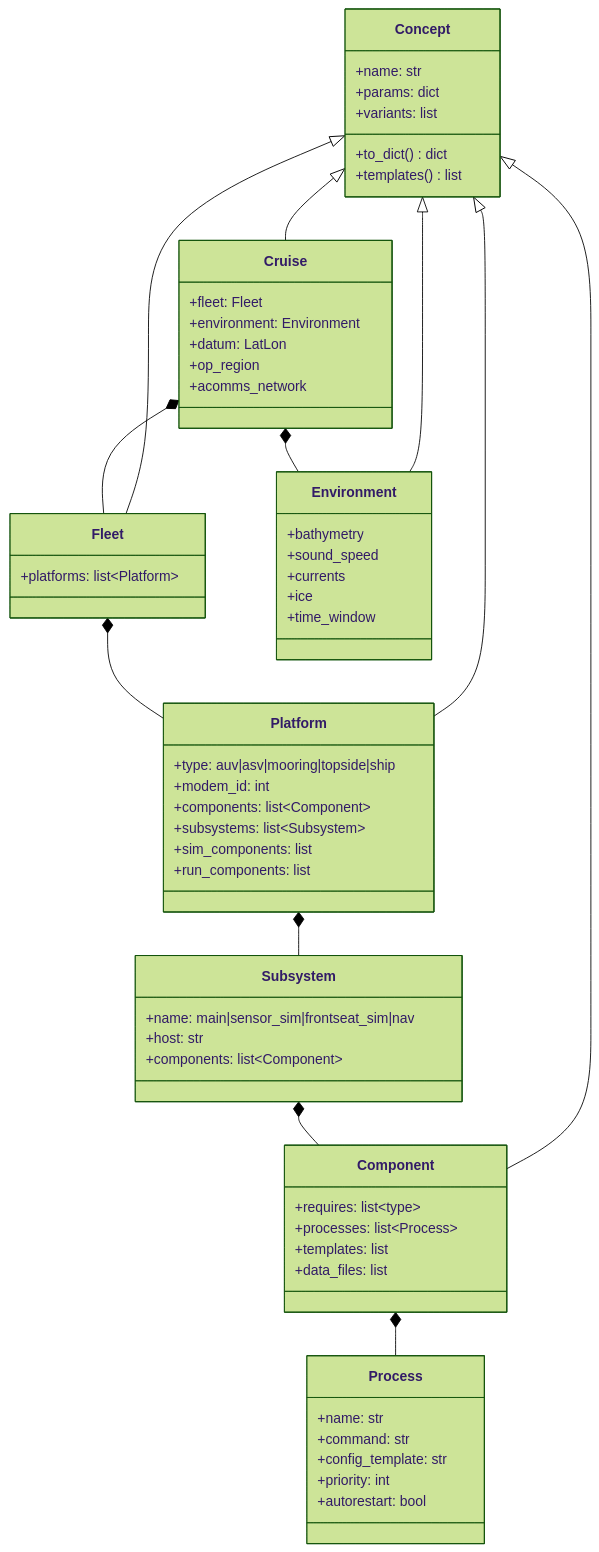
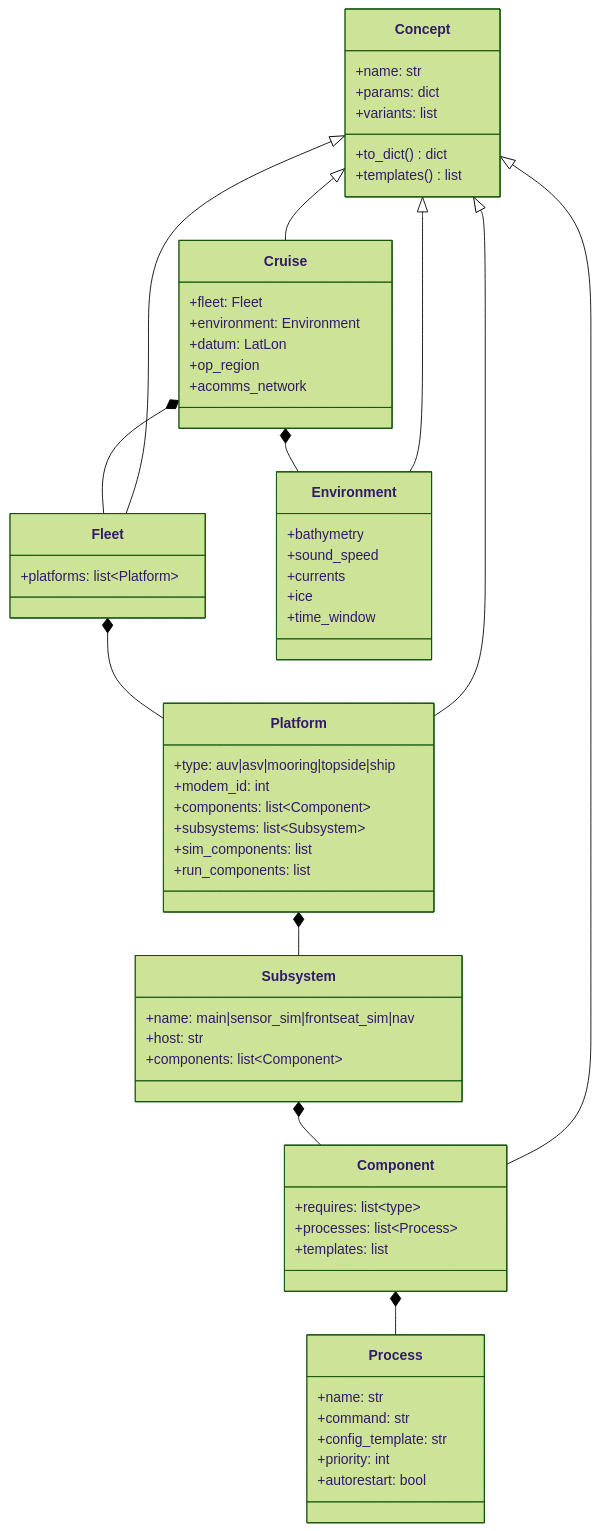
The first of 3 diagrams in core/src/doc/plan/claude/06-missions-framework.md (GobySoft/lamss3), drawn with Mermaid (forest theme) before and after one commit. The commit also changed 7 other files, not shown here.

````diff
--- a/core/src/doc/plan/claude/06-missions-framework.md
+++ b/core/src/doc/plan/claude/06-missions-framework.md
@@ -29,64 +29,63 @@
 ```mermaid
 classDiagram
   class Concept {
     +name: str
     +params: dict
     +variants: list
     +to_dict() dict
     +templates() list
   }
   class Cruise {
     +fleet: Fleet
     +environment: Environment
     +datum: LatLon
     +op_region
     +acomms_network
   }
   class Fleet {
     +platforms: list~Platform~
   }
   class Platform {
     +type: auv|asv|mooring|topside|ship
     +modem_id: int
     +components: list~Component~
     +subsystems: list~Subsystem~
     +sim_components: list
     +run_components: list
   }
   class Subsystem {
     +name: main|sensor_sim|frontseat_sim|nav
     +host: str
     +components: list~Component~
   }
   class Component {
     +requires: list~type~
     +processes: list~Process~
     +templates: list
-    +data_files: list
   }
   class Process {
     +name: str
     +command: str
     +config_template: str
     +priority: int
     +autorestart: bool
   }
   class Environment {
     +bathymetry
     +sound_speed
     +currents
     +ice
     +time_window
   }
   Concept <|-- Cruise
   Concept <|-- Fleet
   Concept <|-- Platform
   Concept <|-- Component
   Concept <|-- Environment
   Cruise *-- Fleet
   Cruise *-- Environment
   Fleet *-- Platform
   Platform *-- Subsystem
   Subsystem *-- Component
   Component *-- Process
 ```
````
